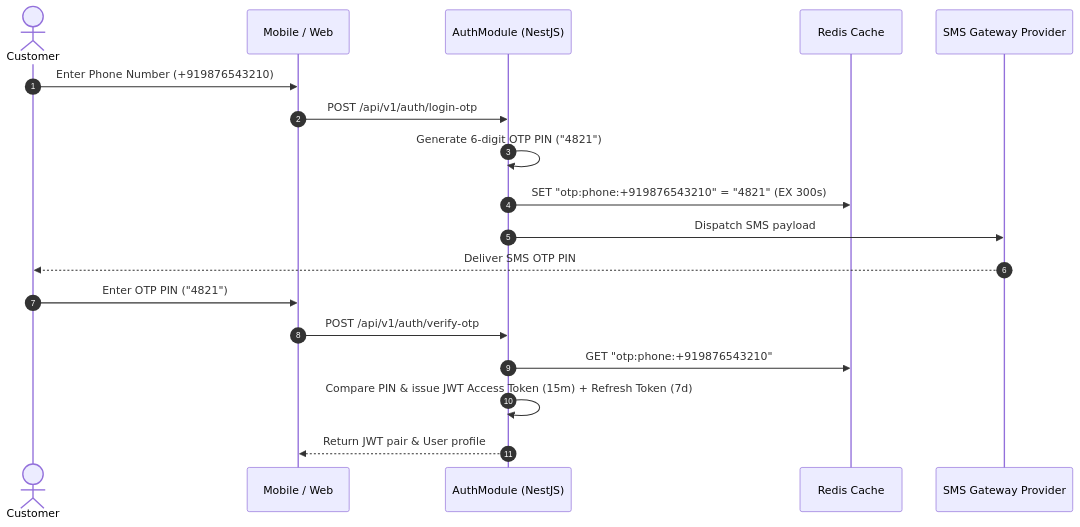
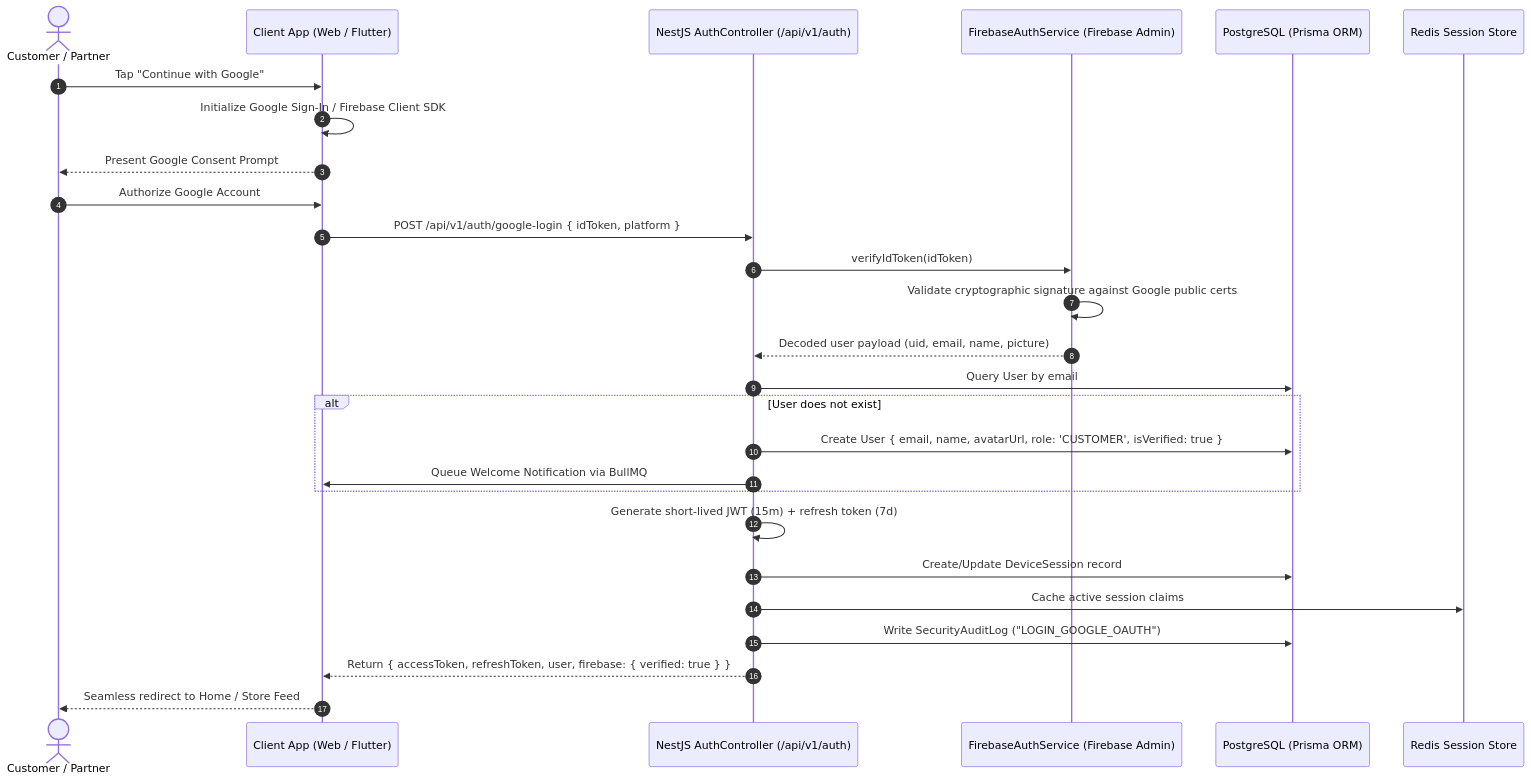
Before and after one commit to Sachinxcode-01/Daily-Basket: the diagram in docs/AUTHENTICATION.md, drawn with Mermaid. The commit also changed other lines of this file and 19 other files, not shown here.

Commit message:
feat(auth): integrate Firebase Admin Google SSO verification and update documentation

````diff
--- a/docs/AUTHENTICATION.md
+++ b/docs/AUTHENTICATION.md
@@ -9,21 +34,30 @@
 ```mermaid
 sequenceDiagram
     autonumber
-    actor Customer
-    participant App as Mobile / Web
-    participant Auth as AuthModule (NestJS)
-    participant Redis as Redis Cache
-    participant SMS as SMS Gateway Provider
+    actor User as Customer / Partner
+    participant Client as Client App (Web / Flutter)
+    participant Auth as NestJS AuthController (/api/v1/auth)
+    participant FB as FirebaseAuthService (Firebase Admin)
+    participant DB as PostgreSQL (Prisma ORM)
+    participant Redis as Redis Session Store
 
-    Customer->>App: Enter Phone Number (+919876543210)
-    App->>Auth: POST /api/v1/auth/login-otp
-    Auth->>Auth: Generate 6-digit OTP PIN ("4821")
-    Auth->>Redis: SET "otp:phone:+919876543210" = "4821" (EX 300s)
-    Auth->>SMS: Dispatch SMS payload
-    SMS-->>Customer: Deliver SMS OTP PIN
-    Customer->>App: Enter OTP PIN ("4821")
-    App->>Auth: POST /api/v1/auth/verify-otp
-    Auth->>Redis: GET "otp:phone:+919876543210"
-    Auth->>Auth: Compare PIN & issue JWT Access Token (15m) + Refresh Token (7d)
-    Auth-->>App: Return JWT pair & User profile
+    User->>Client: Tap "Continue with Google"
+    Client->>Client: Initialize Google Sign-In / Firebase Client SDK
+    Client-->>User: Present Google Consent Prompt
+    User->>Client: Authorize Google Account
+    Client->>Auth: POST /api/v1/auth/google-login { idToken, platform }
+    Auth->>FB: verifyIdToken(idToken)
+    FB->>FB: Validate cryptographic signature against Google public certs
+    FB-->>Auth: Decoded user payload (uid, email, name, picture)
+    Auth->>DB: Query User by email
+    alt User does not exist
+        Auth->>DB: Create User { email, name, avatarUrl, role: 'CUSTOMER', isVerified: true }
+        Auth->>Client: Queue Welcome Notification via BullMQ
+    end
+    Auth->>Auth: Generate short-lived JWT (15m) + refresh token (7d)
+    Auth->>DB: Create/Update DeviceSession record
+    Auth->>Redis: Cache active session claims
+    Auth->>DB: Write SecurityAuditLog ("LOGIN_GOOGLE_OAUTH")
+    Auth-->>Client: Return { accessToken, refreshToken, user, firebase: { verified: true } }
+    Client-->>User: Seamless redirect to Home / Store Feed
 ```
````
